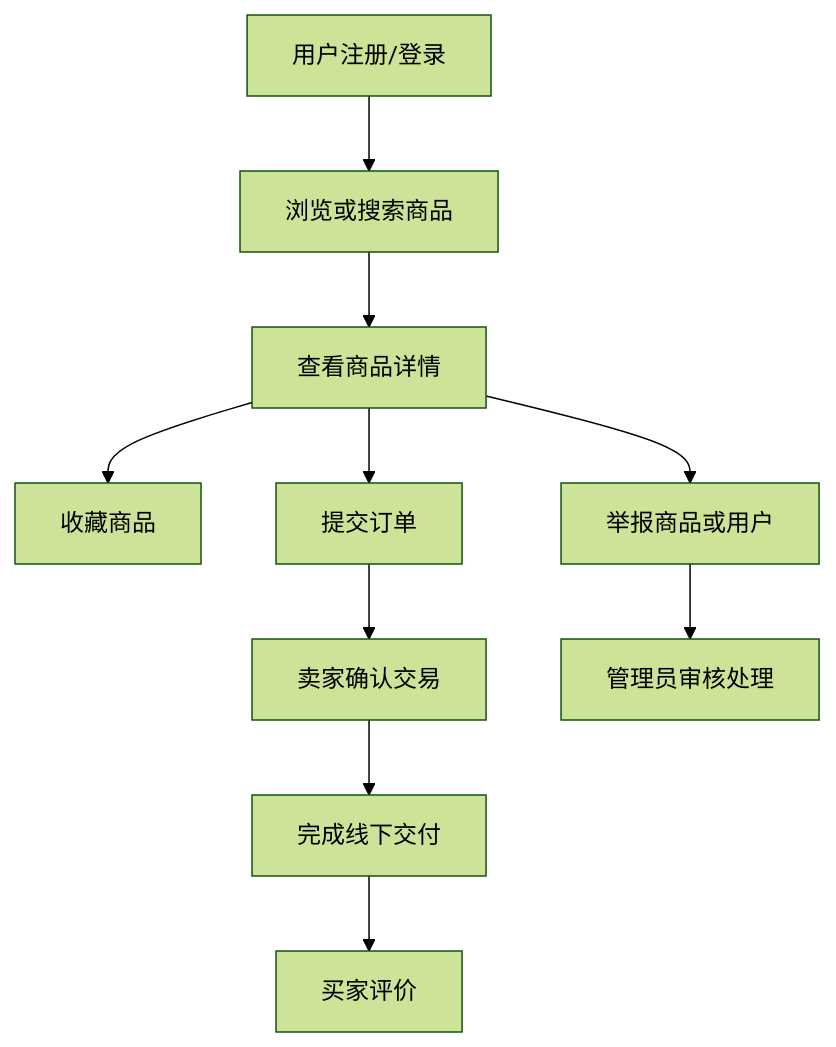
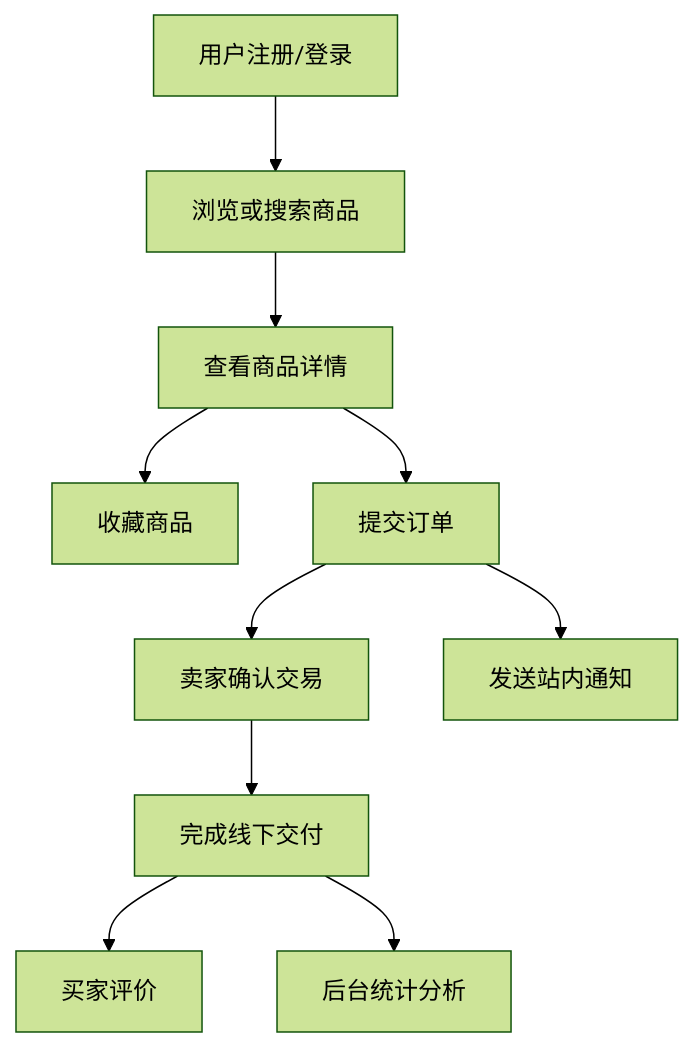
Before and after one commit to GeoGebra2/SecondHand: the diagram in docs/校园二手交易平台数据库管理系统-大作业报告.md, drawn with Mermaid (forest theme). The commit also changed other lines of this file and 28 other files, not shown here.

````diff
--- a/docs/校园二手交易平台数据库管理系统-大作业报告.md
+++ b/docs/校园二手交易平台数据库管理系统-大作业报告.md
@@ -103,12 +104,12 @@
 ```mermaid
 flowchart TD
     A[用户注册/登录] --> B[浏览或搜索商品]
     B --> C[查看商品详情]
     C --> D[收藏商品]
     C --> E[提交订单]
     E --> F[卖家确认交易]
     F --> G[完成线下交付]
     G --> H[买家评价]
-    C --> I[举报商品或用户]
-    I --> J[管理员审核处理]
+    E --> I[发送站内通知]
+    G --> J[后台统计分析]
 ```
````
